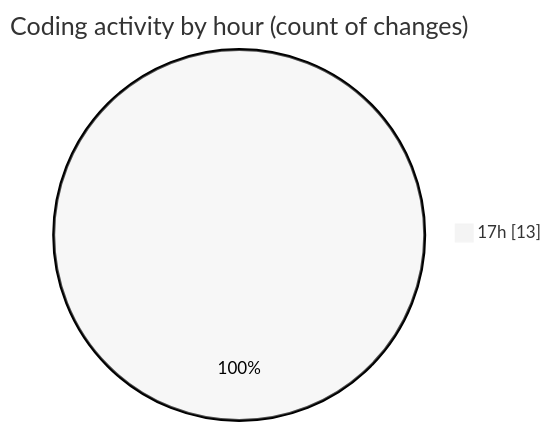
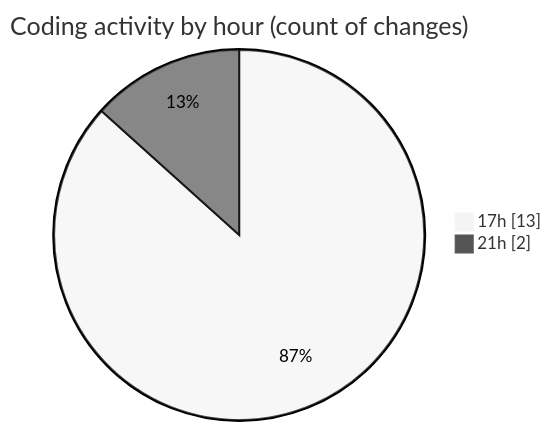
The second of 2 diagrams in 2026-07-03/researchlens/README.md (Unknowalive/code-tracking), drawn with Mermaid (neutral theme) before and after one commit. The commit also changed other lines of this file and 1 other file, not shown here.

````diff
--- a/2026-07-03/researchlens/README.md
+++ b/2026-07-03/researchlens/README.md
@@ -43,5 +43,6 @@
 ```mermaid
 pie showData
 title Coding activity by hour (count of changes)
 "17h" : 13
+"21h" : 2
 ```
````
